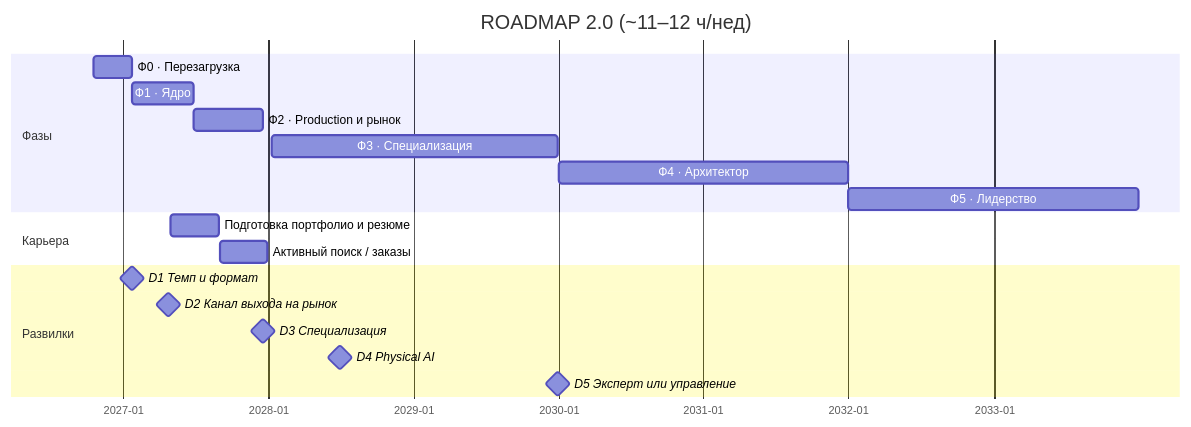
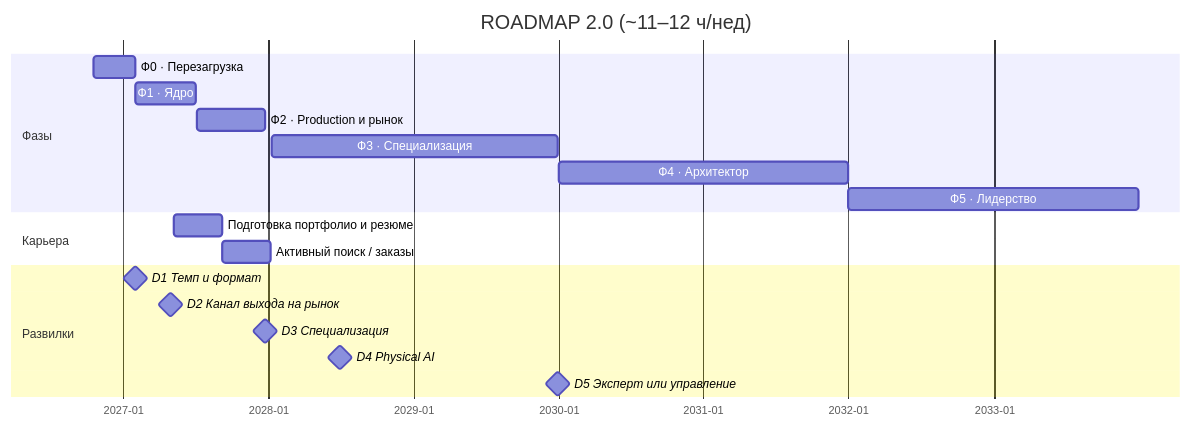
One commit to COMPACTBLUEFAN/turoring changed the second of 3 diagrams in ROADMAP.md. Above: the diagram before and after it, drawn with Mermaid. The commit also changed other lines of this file and 47 other files, not shown here.

````diff
--- a/ROADMAP.md
+++ b/ROADMAP.md
@@ -253,25 +253,25 @@
 ```mermaid
 gantt
     title ROADMAP 2.0 (~11–12 ч/нед)
     dateFormat YYYY-MM-DD
     axisFormat %Y-%m
 
     section Фазы
-    Ф0 · Перезагрузка                 :p0, 2026-10-19, 2027-01-24
-    Ф1 · Ядро                         :p1, 2027-01-25, 2027-06-27
-    Ф2 · Production и рынок           :p2, 2027-06-28, 2027-12-19
+    Ф0 · Перезагрузка                 :p0, 2026-10-19, 2027-01-31
+    Ф1 · Ядро                         :p1, 2027-02-01, 2027-07-04
+    Ф2 · Production и рынок           :p2, 2027-07-05, 2027-12-26
     Ф3 · Специализация                :p3, 2028-01-10, 2029-12-31
     Ф4 · Архитектор                   :p4, 2030-01-01, 2031-12-31
     Ф5 · Лидерство                    :p5, 2032-01-01, 2033-12-31
 
     section Карьера
-    Подготовка портфолио и резюме     :c1, 2027-05-01, 2027-08-31
-    Активный поиск / заказы           :c2, 2027-09-01, 2027-12-31
+    Подготовка портфолио и резюме     :c1, 2027-05-08, 2027-09-07
+    Активный поиск / заказы           :c2, 2027-09-08, 2028-01-07
 
     section Развилки
-    D1 Темп и формат                  :milestone, 2027-01-24, 0d
-    D2 Канал выхода на рынок          :milestone, 2027-04-25, 0d
-    D3 Специализация                  :milestone, 2027-12-19, 0d
+    D1 Темп и формат                  :milestone, 2027-01-31, 0d
+    D2 Канал выхода на рынок          :milestone, 2027-05-02, 0d
+    D3 Специализация                  :milestone, 2027-12-26, 0d
     D4 Physical AI                    :milestone, 2028-06-30, 0d
     D5 Эксперт или управление         :milestone, 2029-12-31, 0d
 ```
````
